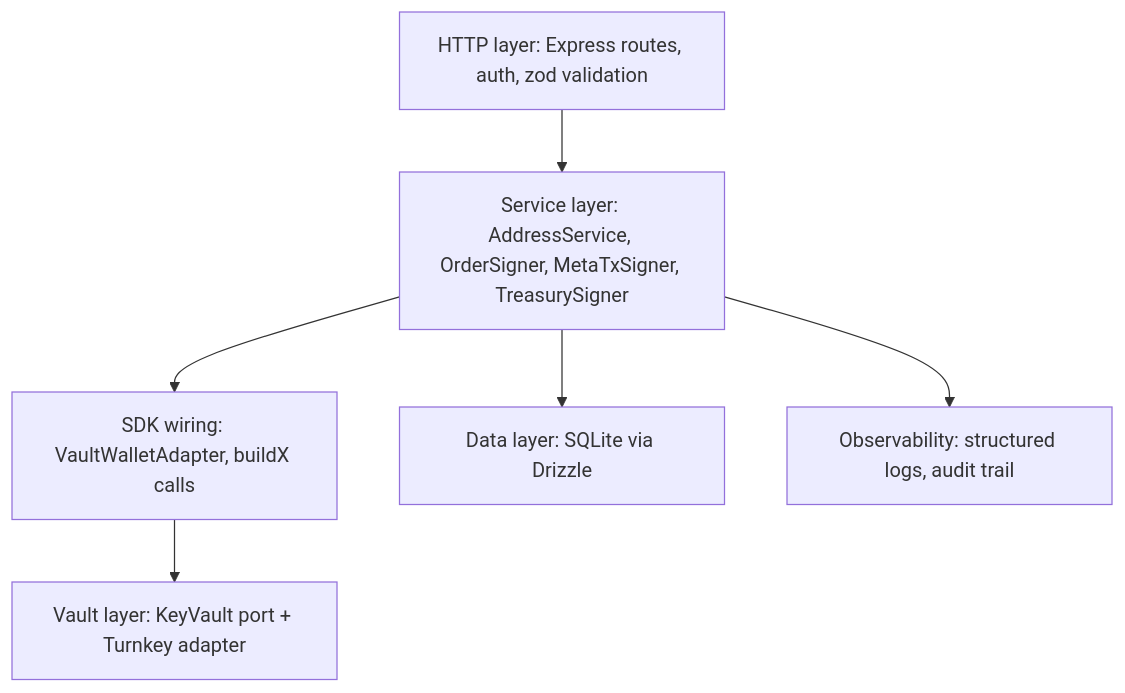
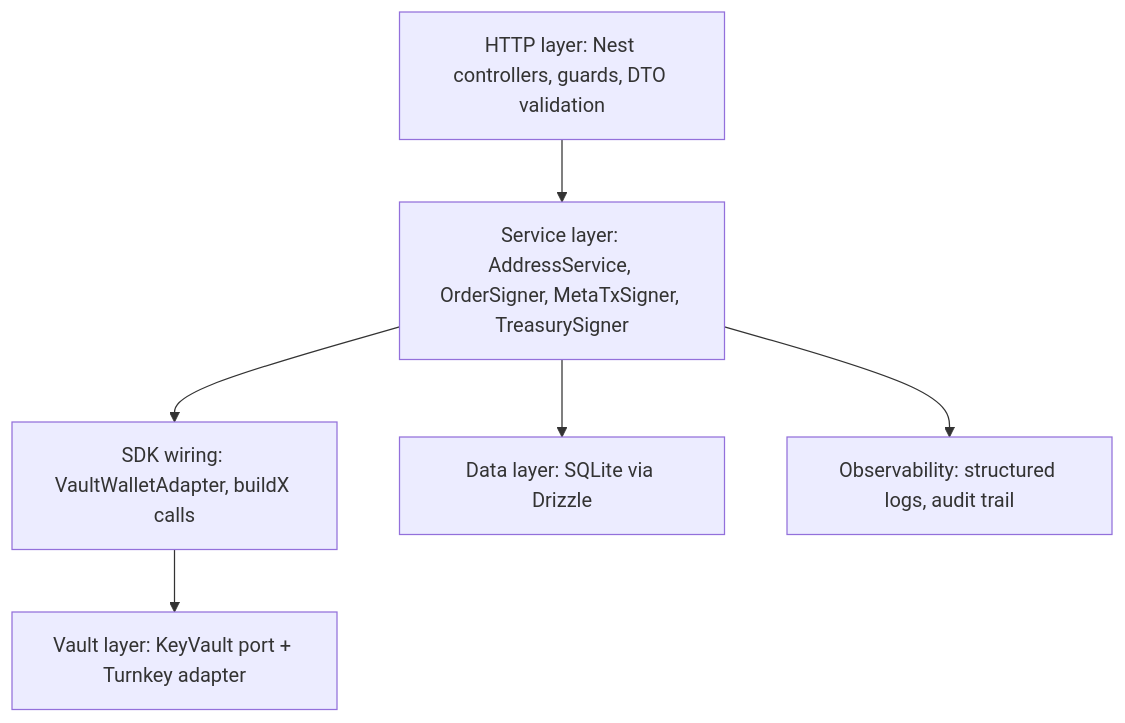
One commit to In-a-bit/dpm-wallet changed the diagram in docs/images/03-layered-view.mmd. Above: the diagram before and after it, drawn with Mermaid. The commit also changed 138 other files, not shown here.

Commit message:
migrating express to nestJs

```diff
--- a/docs/images/03-layered-view.mmd
+++ b/docs/images/03-layered-view.mmd
@@ -1,13 +1,13 @@
 flowchart TB
-  http[HTTP layer: Express routes, auth, zod validation]
+  http[HTTP layer: Nest controllers, guards, DTO validation]
   svc[Service layer: AddressService, OrderSigner, MetaTxSigner, TreasurySigner]
   sdkw[SDK wiring: VaultWalletAdapter, buildX calls]
   vaultL[Vault layer: KeyVault port + Turnkey adapter]
   data[Data layer: SQLite via Drizzle]
   obs[Observability: structured logs, audit trail]
 
   http --> svc
   svc --> sdkw
   svc --> data
   sdkw --> vaultL
   svc --> obs
```
